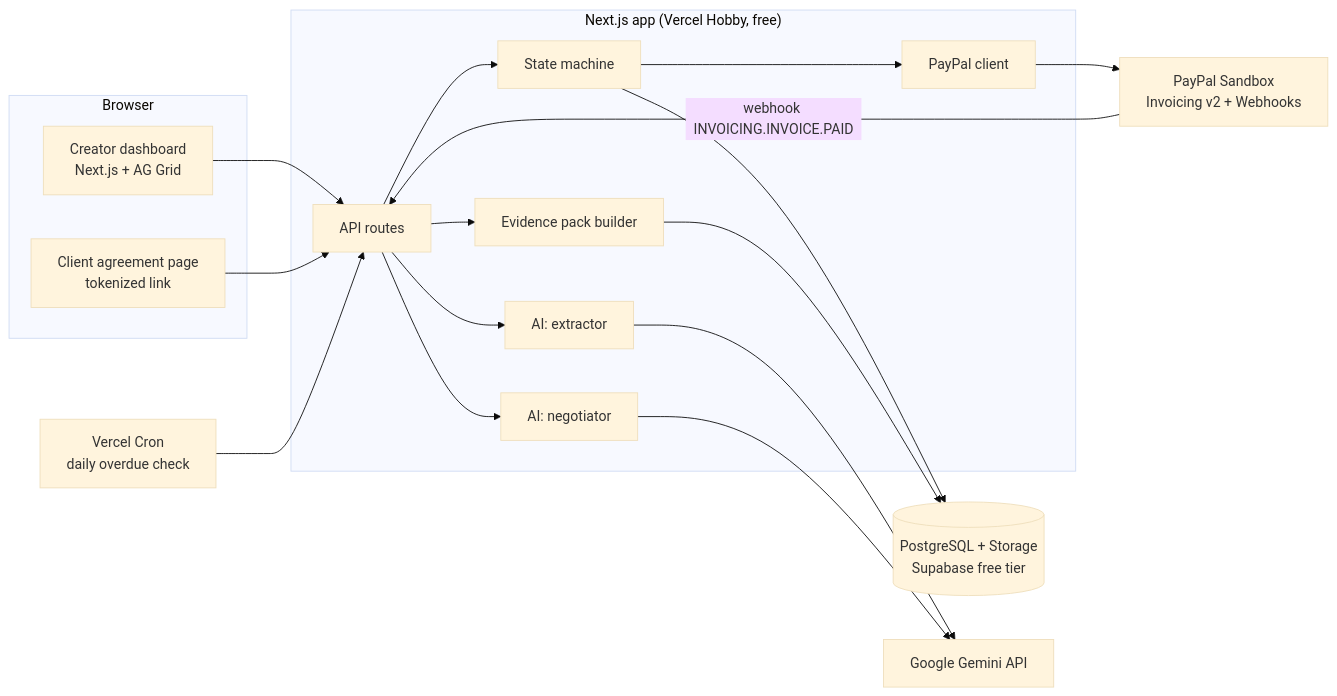
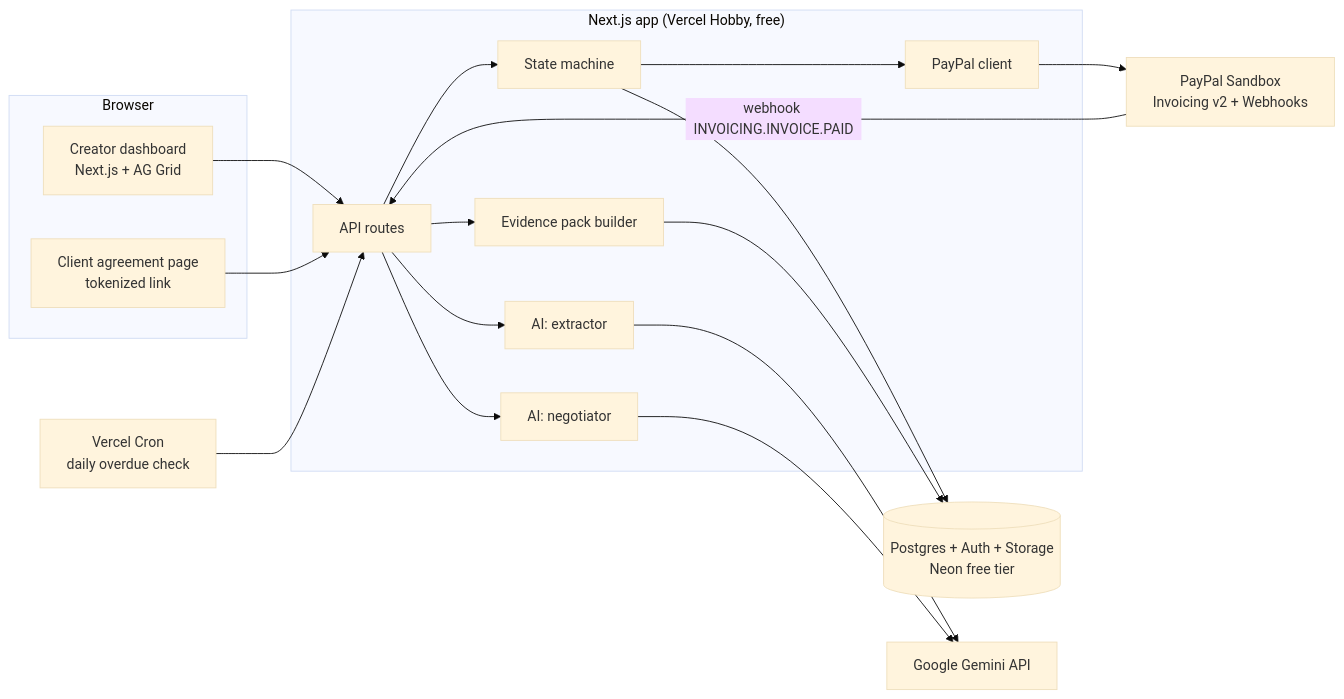
Before and after one commit to srios000/dmpact: the first of 5 diagrams in docs/architecture.md, drawn with Mermaid (base theme). The commit also changed other lines of this file and 5 other files, not shown here.

Commit message:
docs: switch database, auth and storage to Neon

````diff
--- a/docs/architecture.md
+++ b/docs/architecture.md
@@ -9,31 +9,31 @@
 ```mermaid
 flowchart LR
   subgraph Browser
     C[Creator dashboard<br/>Next.js + AG Grid]
     K[Client agreement page<br/>tokenized link]
   end
 
   subgraph App["Next.js app (Vercel Hobby, free)"]
     API[API routes]
     SM[State machine]
     AIX[AI: extractor]
     AIN[AI: negotiator]
     PP[PayPal client]
     EV[Evidence pack builder]
   end
 
-  DB[(PostgreSQL + Storage<br/>Supabase free tier)]
+  DB[(Postgres + Auth + Storage<br/>Neon free tier)]
   CRON[Vercel Cron<br/>daily overdue check]
   G[Google Gemini API]
   PAY[PayPal Sandbox<br/>Invoicing v2 + Webhooks]
 
   C --> API
   K --> API
   API --> SM --> DB
   API --> AIX --> G
   API --> AIN --> G
   SM --> PP --> PAY
   PAY -- webhook INVOICING.INVOICE.PAID --> API
   CRON --> API
   API --> EV --> DB
 ```
````
